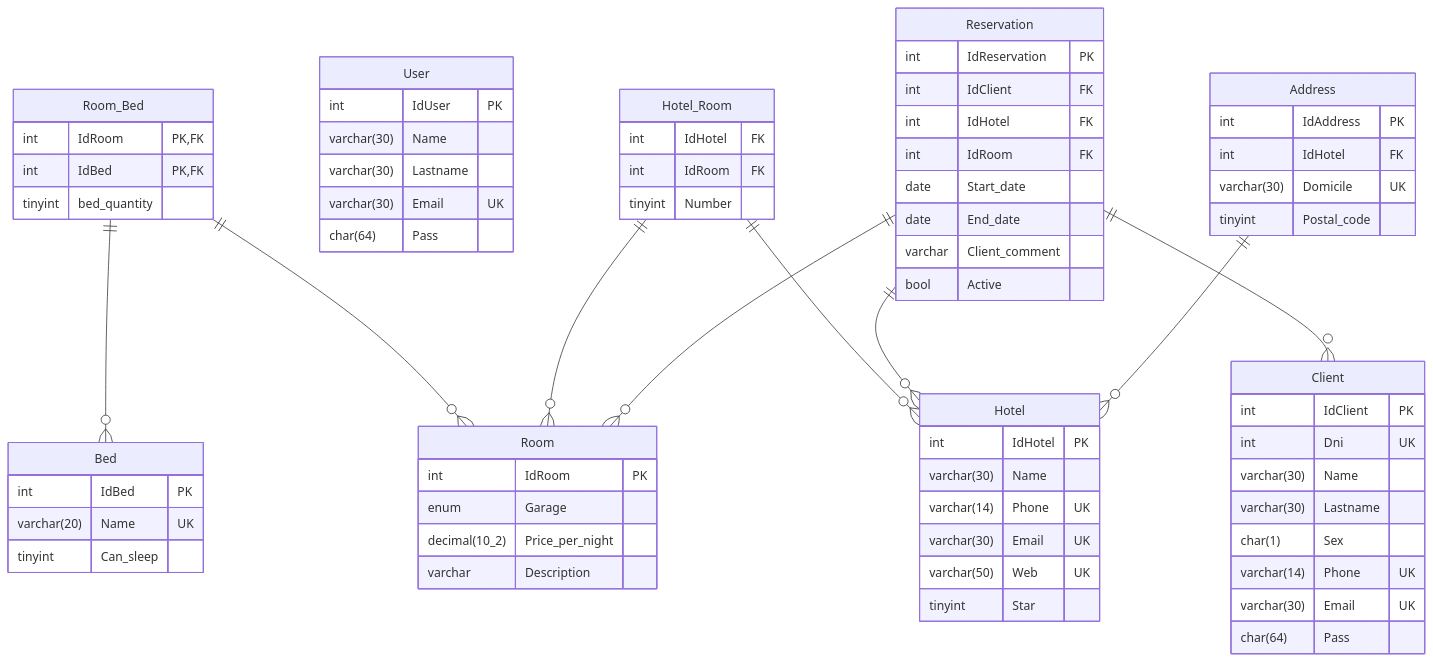
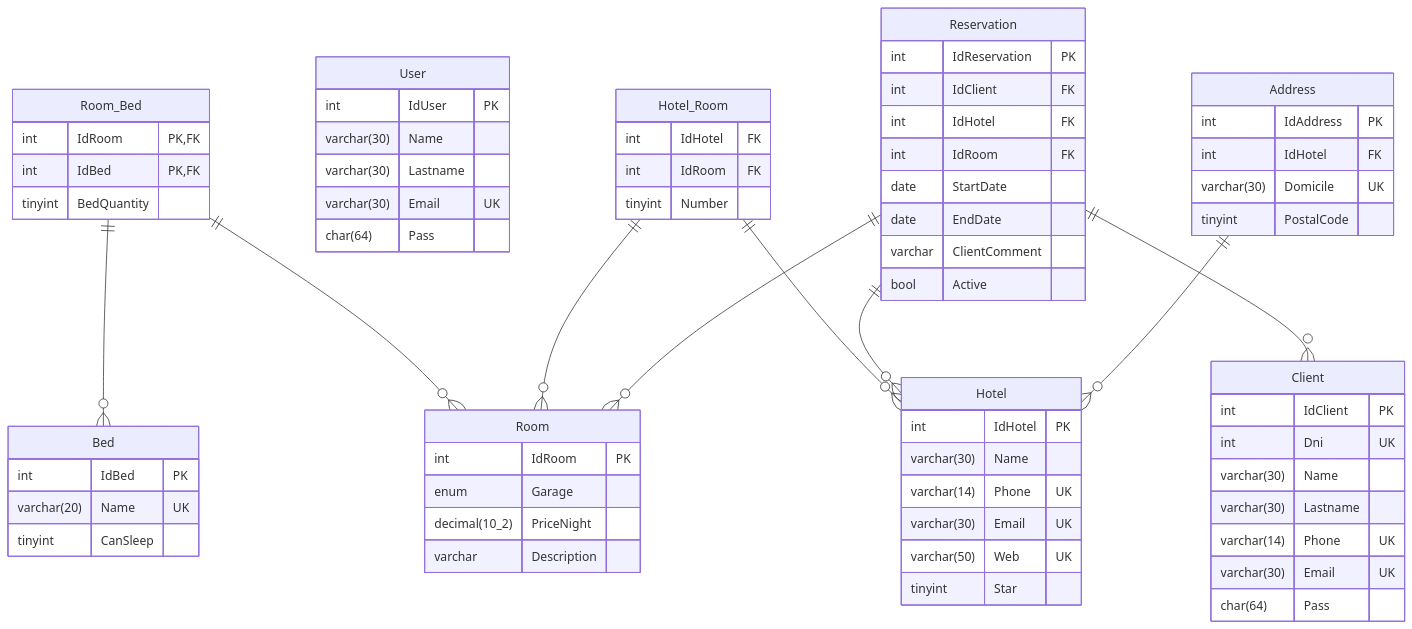
Before and after one commit to Ramon-Ariel-ET12/HospedApp: the diagram in MySQL/DER.md, drawn with Mermaid. The commit also changed 1 other file, not shown here.

```diff
--- a/MySQL/DER.md
+++ b/MySQL/DER.md
@@ -7,9 +7,9 @@
     int IdClient FK
     int IdHotel FK
     int IdRoom FK
-    date Start_date
-    date End_date
-    varchar Client_comment
+    date StartDate
+    date EndDate
+    varchar ClientComment
     bool Active
 }
 
@@ -24,13 +24,13 @@
 Bed{
     int IdBed PK
     varchar(20) Name UK
-    tinyint Can_sleep
+    tinyint CanSleep
 }
 
 Room{
     int IdRoom PK
     enum Garage
-    decimal(10_2) Price_per_night
+    decimal(10_2) PriceNight
     varchar Description
 }
 
@@ -39,7 +39,6 @@
     int Dni UK
     varchar(30) Name
     varchar(30) Lastname
-    char(1) Sex
     varchar(14) Phone UK
     varchar(30) Email UK
     char(64) Pass
@@ -57,14 +56,14 @@
 Room_Bed{
     int IdRoom PK,FK
     int IdBed PK,FK
-    tinyint bed_quantity
+    tinyint BedQuantity
 }
 
 Address{
     int IdAddress PK
     int IdHotel FK
     varchar(30) Domicile UK
-    tinyint Postal_code 
+    tinyint PostalCode 
 }
 
 Hotel_Room{
```
